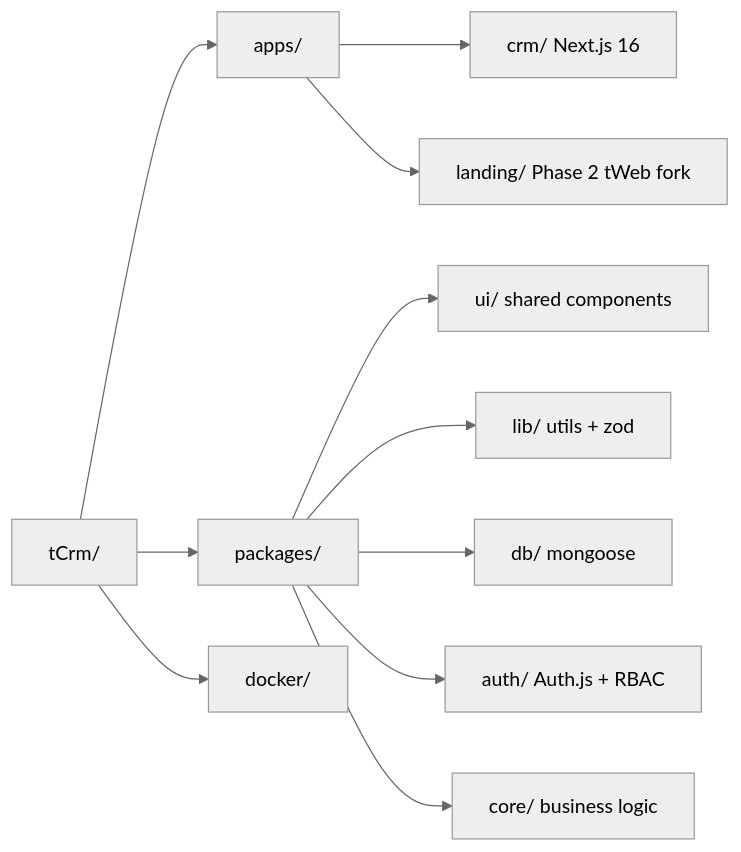
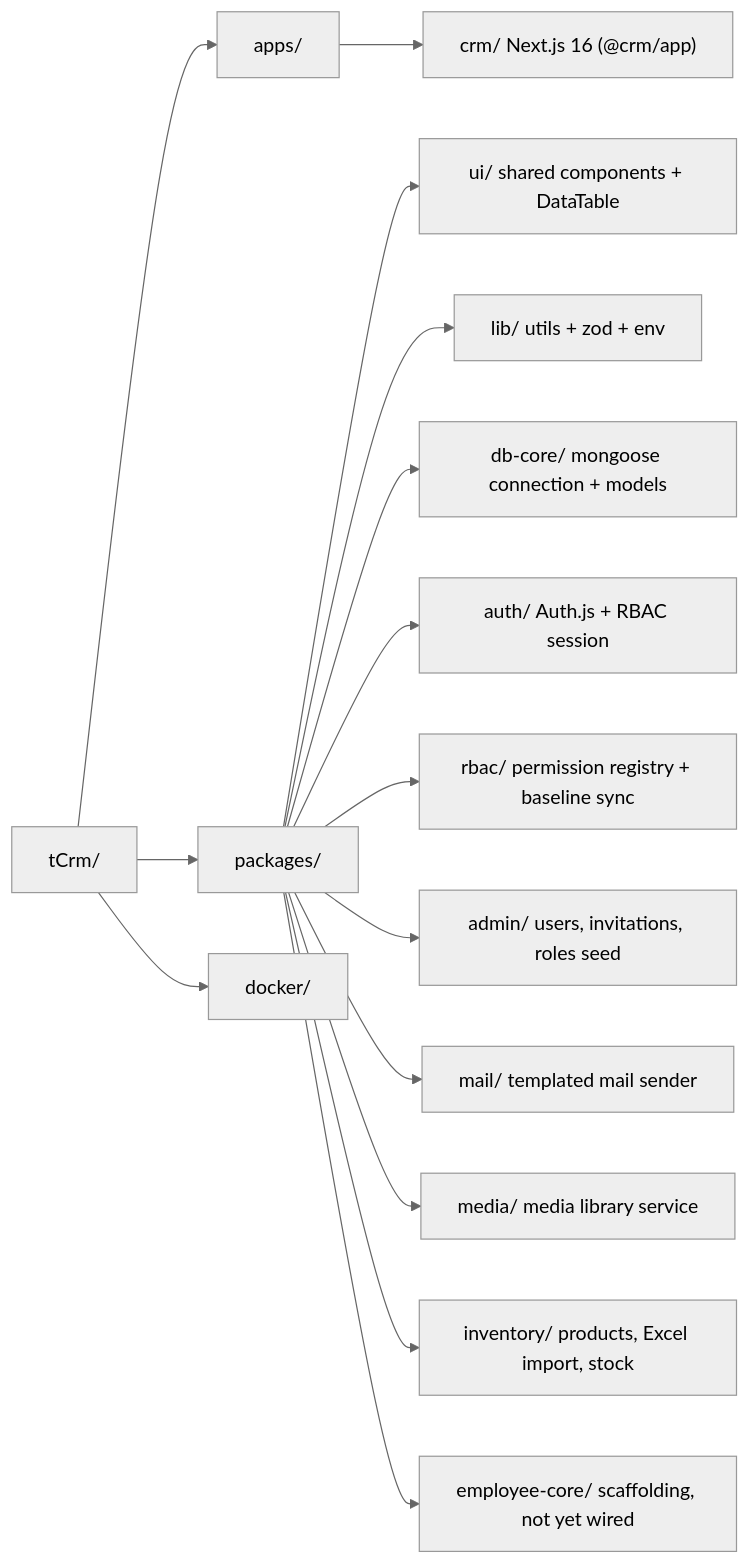
Before and after one commit to Tomkoooo/tCrm: the first of 3 diagrams in docs/ARCHITECTURE.md, drawn with Mermaid (neutral theme). The commit also changed other lines of this file and 621 other files, not shown here.

First line of the commit message:
feat: rebuild core engine and restore Phase 1 inventory

````diff
--- a/docs/ARCHITECTURE.md
+++ b/docs/ARCHITECTURE.md
@@ -25,13 +27,17 @@
 ```mermaid
 flowchart LR
   root[tCrm/] --> apps[apps/]
   root --> packages[packages/]
   root --> docker[docker/]
-  apps --> crm["crm/ Next.js 16"]
-  apps --> landing["landing/ Phase 2 tWeb fork"]
-  packages --> ui["ui/ shared components"]
-  packages --> lib["lib/ utils + zod"]
-  packages --> db["db/ mongoose"]
-  packages --> auth["auth/ Auth.js + RBAC"]
-  packages --> core["core/ business logic"]
+  apps --> crm["crm/ Next.js 16 (@crm/app)"]
+  packages --> ui["ui/ shared components + DataTable"]
+  packages --> lib["lib/ utils + zod + env"]
+  packages --> dbcore["db-core/ mongoose connection + models"]
+  packages --> auth["auth/ Auth.js + RBAC session"]
+  packages --> rbac["rbac/ permission registry + baseline sync"]
+  packages --> admin["admin/ users, invitations, roles seed"]
+  packages --> mail["mail/ templated mail sender"]
+  packages --> media["media/ media library service"]
+  packages --> inventory["inventory/ products, Excel import, stock"]
+  packages --> employeecore["employee-core/ scaffolding, not yet wired"]
 ```
````
